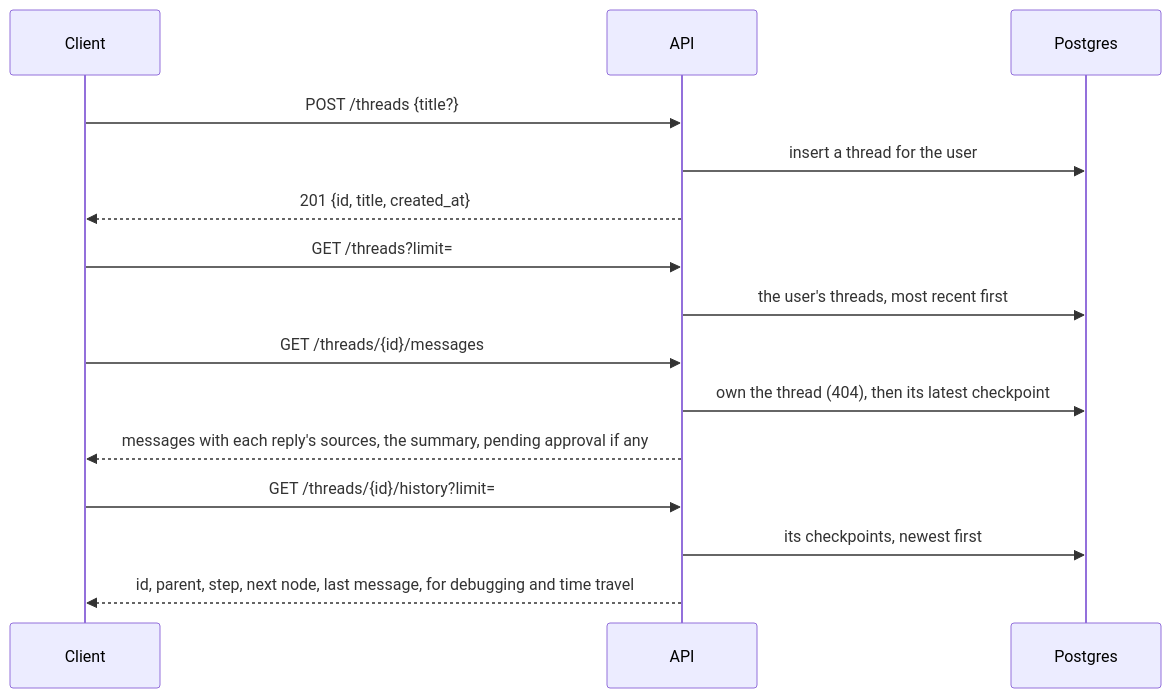
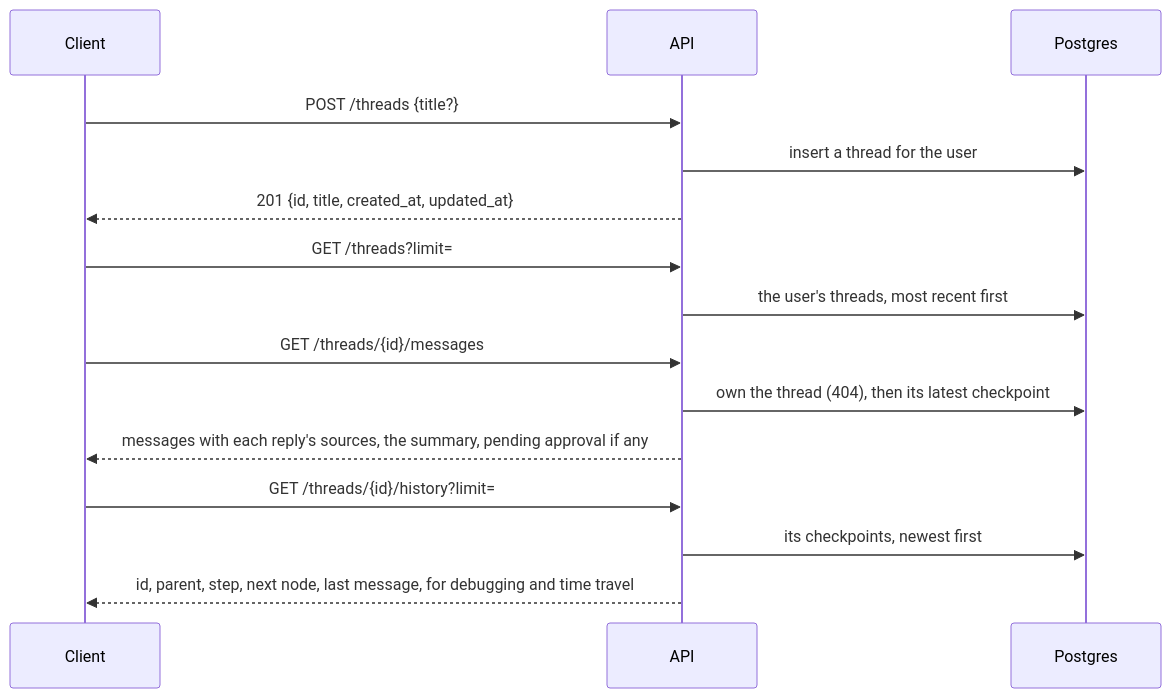
The fifth of 9 diagrams in docs/api.md (Anirudh1905/agentic-ai-chatbot), drawn with Mermaid before and after one commit. The commit also changed other lines of this file and 72 other files, not shown here.

````diff
--- a/docs/api.md
+++ b/docs/api.md
@@ -177,17 +182,17 @@
 ```mermaid
 sequenceDiagram
     participant C as Client
     participant API as API
     participant PG as Postgres
     C->>API: POST /threads {title?}
     API->>PG: insert a thread for the user
-    API-->>C: 201 {id, title, created_at}
+    API-->>C: 201 {id, title, created_at, updated_at}
     C->>API: GET /threads?limit=
     API->>PG: the user's threads, most recent first
     C->>API: GET /threads/{id}/messages
     API->>PG: own the thread (404), then its latest checkpoint
     API-->>C: messages with each reply's sources, the summary, pending approval if any
     C->>API: GET /threads/{id}/history?limit=
     API->>PG: its checkpoints, newest first
     API-->>C: id, parent, step, next node, last message, for debugging and time travel
 ```
````
